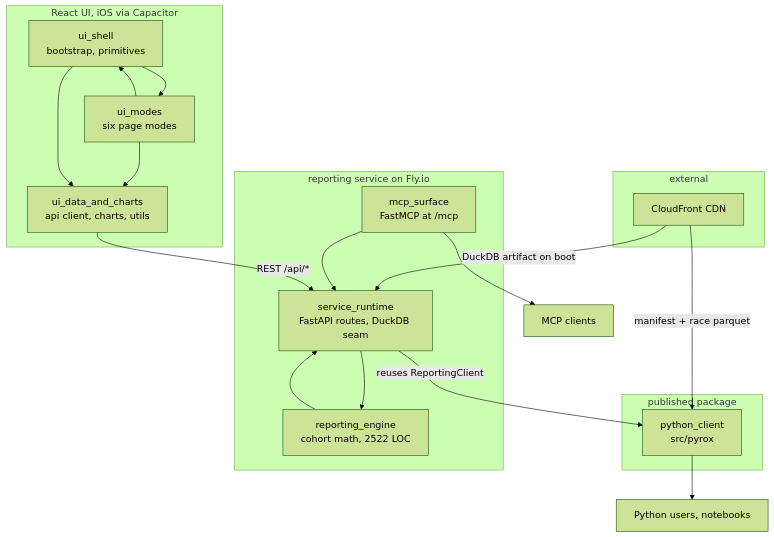
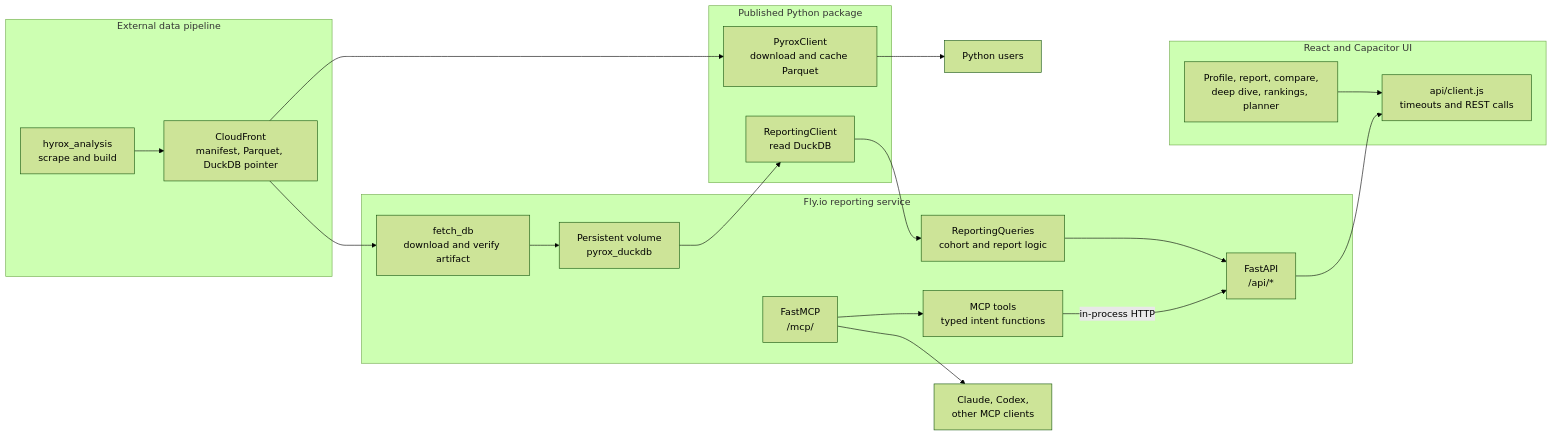
The diagram in codewiki_docs/overview.md (vmatei2/pyrox-client), drawn with Mermaid (forest theme) before and after one commit. The commit also changed other lines of this file and 25 other files, not shown here.

````diff
--- a/codewiki_docs/overview.md
+++ b/codewiki_docs/overview.md
@@ -19,36 +15,40 @@
 ```mermaid
-graph TD
-    subgraph external ["external"]
-        CDN["CloudFront CDN"]
+flowchart LR
+    subgraph upstream ["External data pipeline"]
+        SCRAPE["hyrox_analysis<br/>scrape and build"]
+        CDN["CloudFront<br/>manifest, Parquet, DuckDB pointer"]
+        SCRAPE --> CDN
     end
 
-    subgraph pkg ["published package"]
-        PC["python_client<br/>src/pyrox"]
+    subgraph package ["Published Python package"]
+        CLIENT["PyroxClient<br/>download and cache Parquet"]
+        REPORTING["ReportingClient<br/>read DuckDB"]
     end
 
-    subgraph svc ["reporting service on Fly.io"]
-        SR["service_runtime<br/>FastAPI routes, DuckDB seam"]
-        RE["reporting_engine<br/>cohort math, 2522 LOC"]
-        MCP["mcp_surface<br/>FastMCP at /mcp"]
+    subgraph fly ["Fly.io reporting service"]
+        FETCH["fetch_db<br/>download and verify artifact"]
+        VOLUME["Persistent volume<br/>pyrox_duckdb"]
+        QUERY["ReportingQueries<br/>cohort and report logic"]
+        REST["FastAPI<br/>/api/*"]
+        TOOLS["MCP tools<br/>typed intent functions"]
+        MCP["FastMCP<br/>/mcp/"]
+        FETCH --> VOLUME
+        VOLUME --> REPORTING
+        REPORTING --> QUERY
+        QUERY --> REST
+        TOOLS -->|"in-process HTTP"| REST
+        MCP --> TOOLS
     end
 
-    subgraph web ["React UI, iOS via Capacitor"]
-        SHELL["ui_shell<br/>bootstrap, primitives"]
-        MODES["ui_modes<br/>six page modes"]
-        DATA["ui_data_and_charts<br/>api client, charts, utils"]
+    subgraph ui ["React and Capacitor UI"]
+        MODES["Profile, report, compare,<br/>deep dive, rankings, planner"]
+        APICLIENT["api/client.js<br/>timeouts and REST calls"]
+        MODES --> APICLIENT
     end
 
-    CDN -->|"manifest + race parquet"| PC
-    CDN -->|"DuckDB artifact on boot"| SR
-    SR --> RE
-    RE --> SR
-    MCP --> SR
-    SR -->|"reuses ReportingClient"| PC
-    MODES --> DATA
-    MODES --> SHELL
-    SHELL --> MODES
-    SHELL --> DATA
-    DATA -->|"REST /api/*"| SR
-    MCP --> LLM["MCP clients"]
-    PC --> NB["Python users, notebooks"]
+    CDN --> CLIENT
+    CDN --> FETCH
+    CLIENT --> PYUSER["Python users"]
+    REST --> APICLIENT
+    MCP --> AGENT["Claude, Codex,<br/>other MCP clients"]
 ```
````
